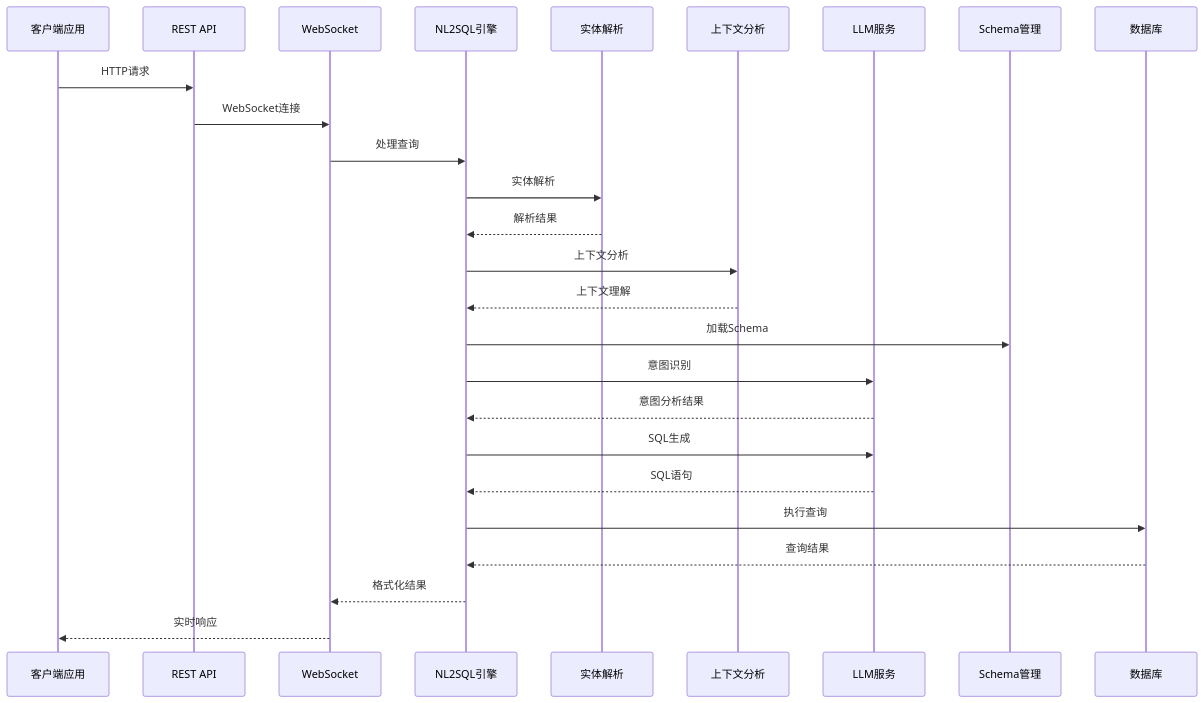
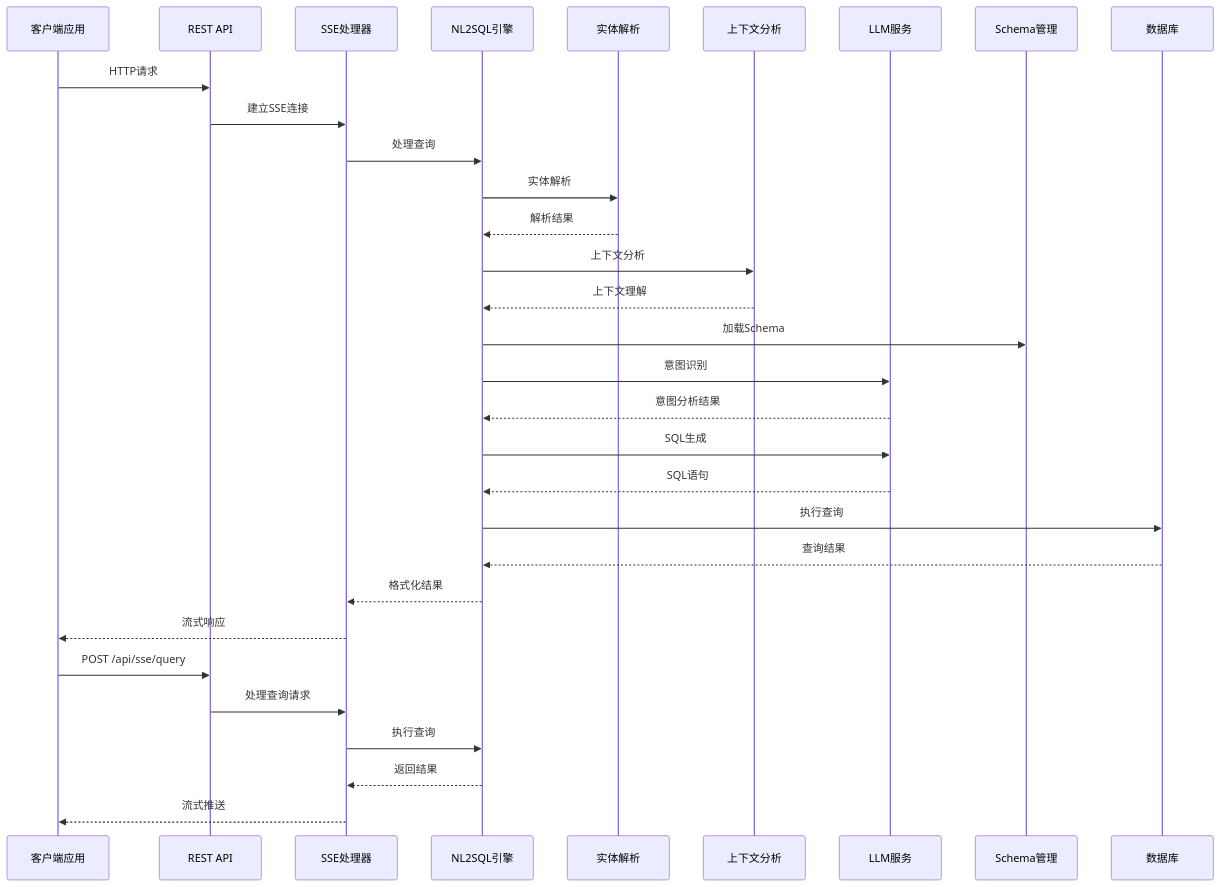
One commit to HanHuiOnLine/724-office changed the second of 10 diagrams in .qoder/repowiki/zh/content/API参考/NL2SQL API参考.md. Above: the diagram before and after it, drawn with Mermaid. The commit also changed other lines of this file and 5 other files, not shown here.

Commit message:
websocket to sse, web ui change

````diff
--- a/.qoder/repowiki/zh/content/API参考/NL2SQL API参考.md
+++ b/.qoder/repowiki/zh/content/API参考/NL2SQL API参考.md
@@ -145,28 +158,33 @@
 ```mermaid
 sequenceDiagram
 participant Client as 客户端应用
 participant API as REST API
-participant WS as WebSocket
+participant SSE as SSE处理器
 participant Engine as NL2SQL引擎
 participant Entity as 实体解析
 participant Context as 上下文分析
 participant LLM as LLM服务
 participant Schema as Schema管理
 participant DB as 数据库
 Client->>API : HTTP请求
-API->>WS : WebSocket连接
-WS->>Engine : 处理查询
+API->>SSE : 建立SSE连接
+SSE->>Engine : 处理查询
 Engine->>Entity : 实体解析
 Entity-->>Engine : 解析结果
 Engine->>Context : 上下文分析
 Context-->>Engine : 上下文理解
 Engine->>Schema : 加载Schema
 Engine->>LLM : 意图识别
 LLM-->>Engine : 意图分析结果
 Engine->>LLM : SQL生成
 LLM-->>Engine : SQL语句
 Engine->>DB : 执行查询
 DB-->>Engine : 查询结果
-Engine-->>WS : 格式化结果
-WS-->>Client : 实时响应
+Engine-->>SSE : 格式化结果
+SSE-->>Client : 流式响应
+Client->>API : POST /api/sse/query
+API->>SSE : 处理查询请求
+SSE->>Engine : 执行查询
+Engine-->>SSE : 返回结果
+SSE-->>Client : 流式推送
 ```
````
